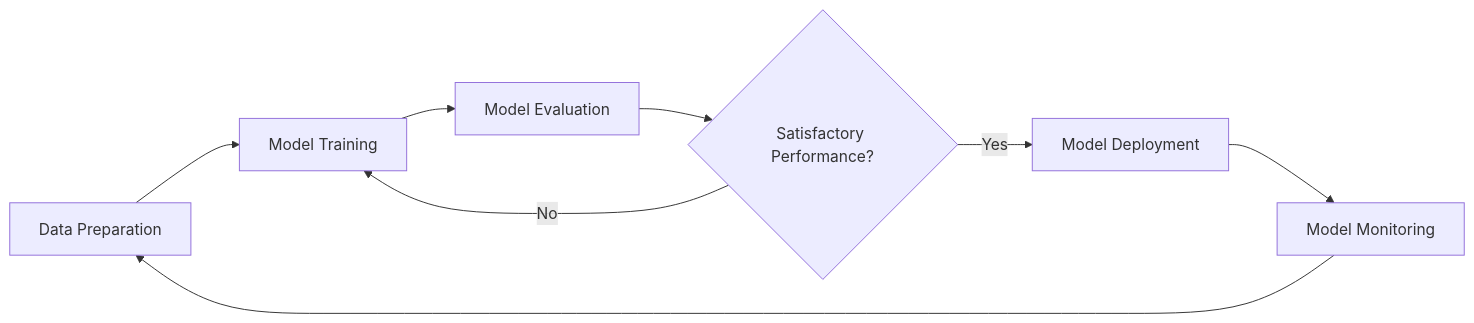
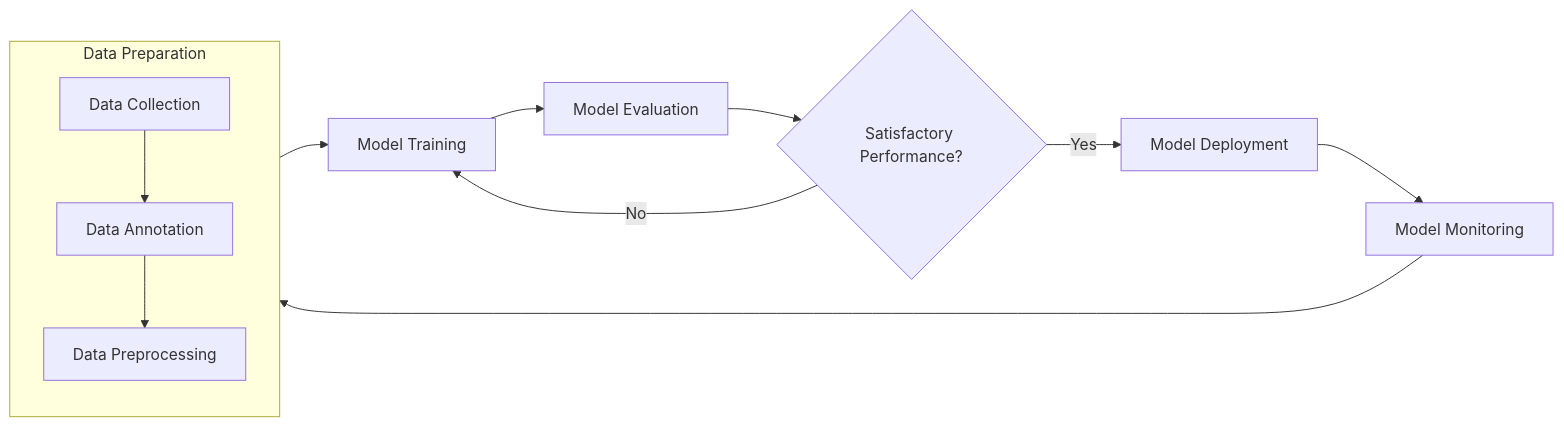
Before and after one commit to MichaelAkridge-NOAA/open-science-ai-toolkit: the diagram in README.md, drawn with Mermaid.

````diff
--- a/README.md
+++ b/README.md
@@ -5,10 +5,14 @@
 ```mermaid
 flowchart LR
-  ABC[Data Preparation] --> D[Model Training]
+  subgraph ABC[Data Preparation]
+    A1[Data Collection] --> A2[Data Annotation]
+    A2 --> A3[Data Preprocessing]
+  end
+  ABC --> D[Model Training]
   D --> E[Model Evaluation]
   E --> F{Satisfactory Performance?}
   F -->|Yes| G[Model Deployment]
   F -->|No| D
   G --> H[Model Monitoring]
   H --> ABC
 ```
````
